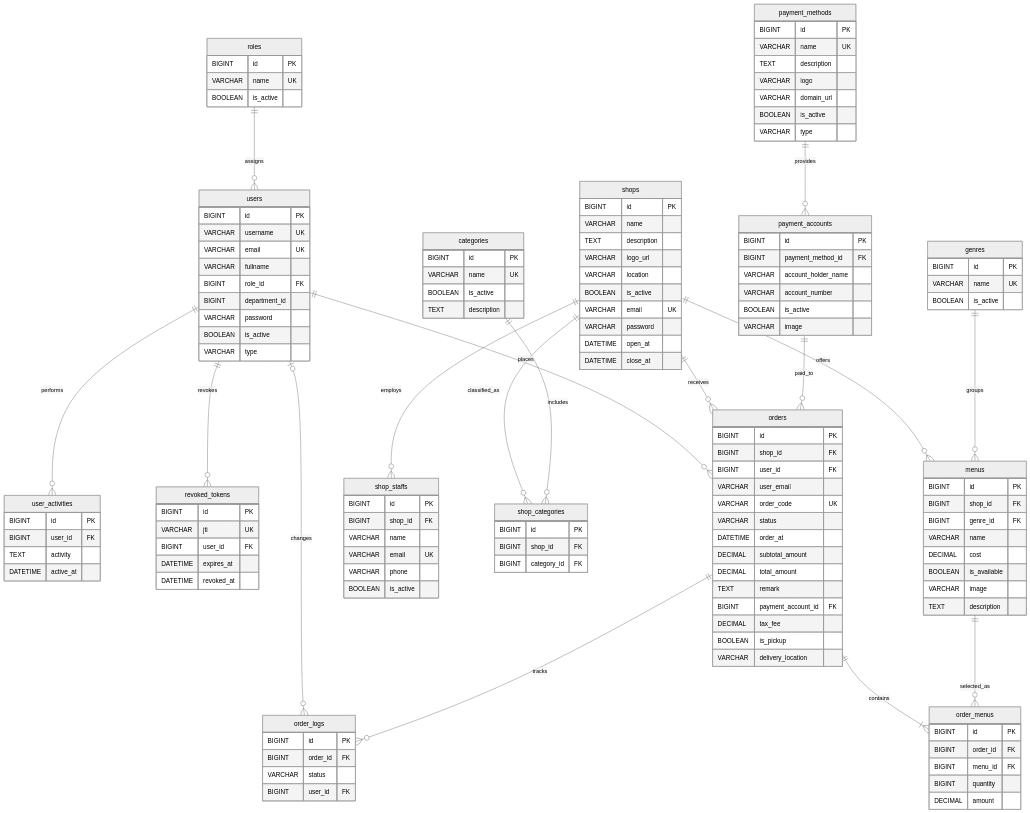
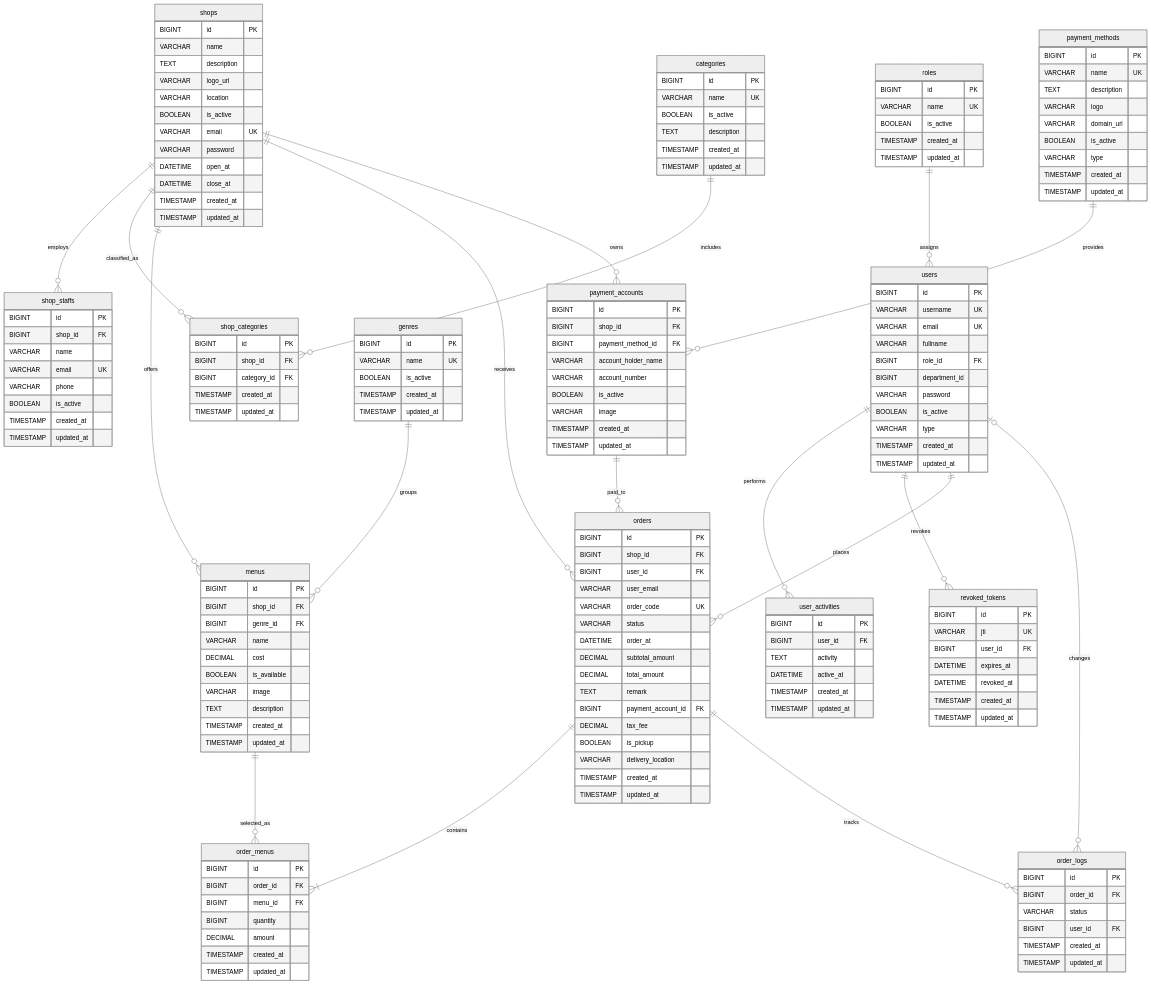
Before and after one commit to MiliYunn/cafeteria-backend: the diagram in database/erd/apcafeteria.mmd, drawn with Mermaid (neutral theme). The commit also changed 136 other files, not shown here.

First line of the commit message:
Add timestamps to tables and payment_accounts.shop_id

```diff
--- a/database/erd/apcafeteria.mmd
+++ b/database/erd/apcafeteria.mmd
@@ -1,139 +1,171 @@
 erDiagram
     roles ||--o{ users : assigns
     users ||--o{ user_activities : performs
     users ||--o{ revoked_tokens : revokes
     users ||--o{ orders : places
     users o|--o{ order_logs : changes
     shops ||--o{ shop_staffs : employs
     shops ||--o{ shop_categories : classified_as
     categories ||--o{ shop_categories : includes
     shops ||--o{ menus : offers
     genres ||--o{ menus : groups
     shops ||--o{ orders : receives
+    shops ||--o{ payment_accounts : owns
     payment_methods ||--o{ payment_accounts : provides
     payment_accounts ||--o{ orders : paid_to
     orders ||--|{ order_menus : contains
     menus ||--o{ order_menus : selected_as
     orders ||--o{ order_logs : tracks
 
     roles {
         BIGINT id PK
         VARCHAR name UK
         BOOLEAN is_active
+        TIMESTAMP created_at
+        TIMESTAMP updated_at
     }
     users {
         BIGINT id PK
         VARCHAR username UK
         VARCHAR email UK
         VARCHAR fullname
         BIGINT role_id FK
         BIGINT department_id
         VARCHAR password
         BOOLEAN is_active
         VARCHAR type
+        TIMESTAMP created_at
+        TIMESTAMP updated_at
     }
     user_activities {
         BIGINT id PK
         BIGINT user_id FK
         TEXT activity
         DATETIME active_at
+        TIMESTAMP created_at
+        TIMESTAMP updated_at
     }
     revoked_tokens {
         BIGINT id PK
         VARCHAR jti UK
         BIGINT user_id FK
         DATETIME expires_at
         DATETIME revoked_at
+        TIMESTAMP created_at
+        TIMESTAMP updated_at
     }
     shops {
         BIGINT id PK
         VARCHAR name
         TEXT description
         VARCHAR logo_url
         VARCHAR location
         BOOLEAN is_active
         VARCHAR email UK
         VARCHAR password
         DATETIME open_at
         DATETIME close_at
+        TIMESTAMP created_at
+        TIMESTAMP updated_at
     }
     shop_staffs {
         BIGINT id PK
         BIGINT shop_id FK
         VARCHAR name
         VARCHAR email UK
         VARCHAR phone
         BOOLEAN is_active
+        TIMESTAMP created_at
+        TIMESTAMP updated_at
     }
     categories {
         BIGINT id PK
         VARCHAR name UK
         BOOLEAN is_active
         TEXT description
+        TIMESTAMP created_at
+        TIMESTAMP updated_at
     }
     shop_categories {
         BIGINT id PK
         BIGINT shop_id FK
         BIGINT category_id FK
+        TIMESTAMP created_at
+        TIMESTAMP updated_at
     }
     genres {
         BIGINT id PK
         VARCHAR name UK
         BOOLEAN is_active
+        TIMESTAMP created_at
+        TIMESTAMP updated_at
     }
     menus {
         BIGINT id PK
         BIGINT shop_id FK
         BIGINT genre_id FK
         VARCHAR name
         DECIMAL cost
         BOOLEAN is_available
         VARCHAR image
         TEXT description
+        TIMESTAMP created_at
+        TIMESTAMP updated_at
     }
     payment_methods {
         BIGINT id PK
         VARCHAR name UK
         TEXT description
         VARCHAR logo
         VARCHAR domain_url
         BOOLEAN is_active
         VARCHAR type
+        TIMESTAMP created_at
+        TIMESTAMP updated_at
     }
     payment_accounts {
         BIGINT id PK
+        BIGINT shop_id FK
         BIGINT payment_method_id FK
         VARCHAR account_holder_name
         VARCHAR account_number
         BOOLEAN is_active
         VARCHAR image
+        TIMESTAMP created_at
+        TIMESTAMP updated_at
     }
     orders {
         BIGINT id PK
         BIGINT shop_id FK
         BIGINT user_id FK
         VARCHAR user_email
         VARCHAR order_code UK
         VARCHAR status
         DATETIME order_at
         DECIMAL subtotal_amount
         DECIMAL total_amount
         TEXT remark
         BIGINT payment_account_id FK
         DECIMAL tax_fee
         BOOLEAN is_pickup
         VARCHAR delivery_location
+        TIMESTAMP created_at
+        TIMESTAMP updated_at
     }
     order_menus {
         BIGINT id PK
         BIGINT order_id FK
         BIGINT menu_id FK
         BIGINT quantity
         DECIMAL amount
+        TIMESTAMP created_at
+        TIMESTAMP updated_at
     }
     order_logs {
         BIGINT id PK
         BIGINT order_id FK
         VARCHAR status
         BIGINT user_id FK
+        TIMESTAMP created_at
+        TIMESTAMP updated_at
     }
```
